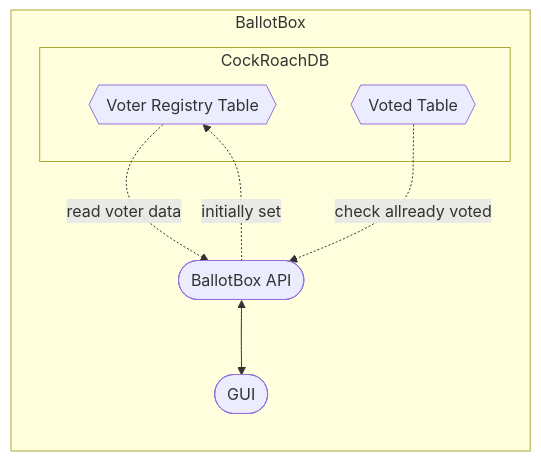
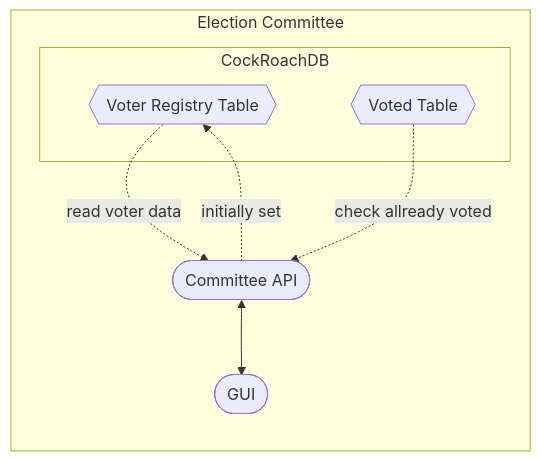
One commit to domai-tb/campus_vote changed the third of 3 diagrams in README.md. Above: the diagram before and after it, drawn with Mermaid. The commit also changed other lines of this file and 4 other files, not shown here.

````diff
--- a/README.md
+++ b/README.md
@@ -62,18 +80,18 @@
 ```mermaid
 flowchart LR
-    subgraph BB["BallotBox"]
+    subgraph BB["Election Committee"]
         subgraph CR1["CockRoachDB"]
             R{{"Voter Registry Table"}}
             V{{"Voted Table"}}
         end
 
-        API(["BallotBox API"])
-        GUI(["GUI"]) 
+        API(["Committee API"])
+        GUI(["GUI"])
     end
 
     R -.read voter data.-> API
     API -.initially set.-> R
-    V -.check allready voted.-> API   
+    V -.check allready voted.-> API
 
-    API <--> GUI   
+    API <--> GUI
 ```
````
